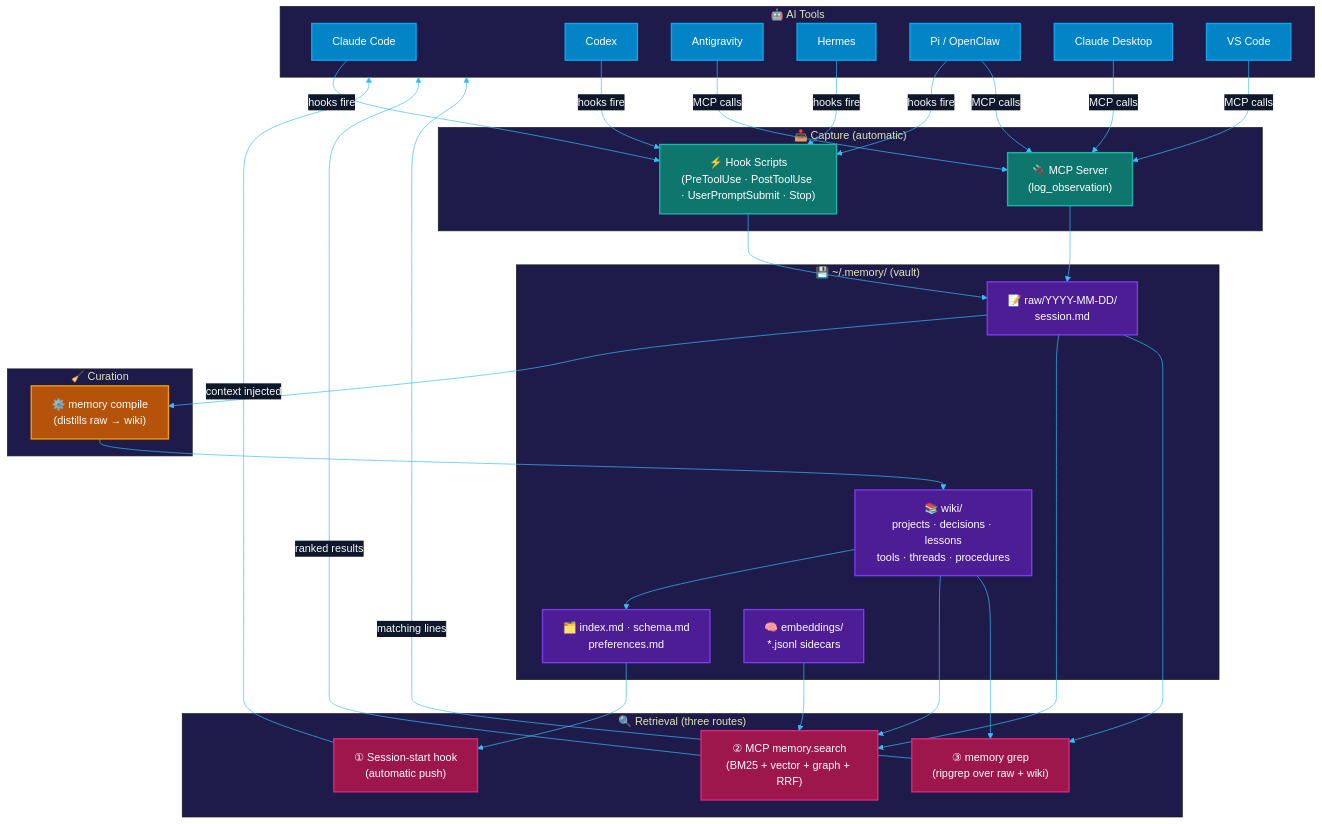
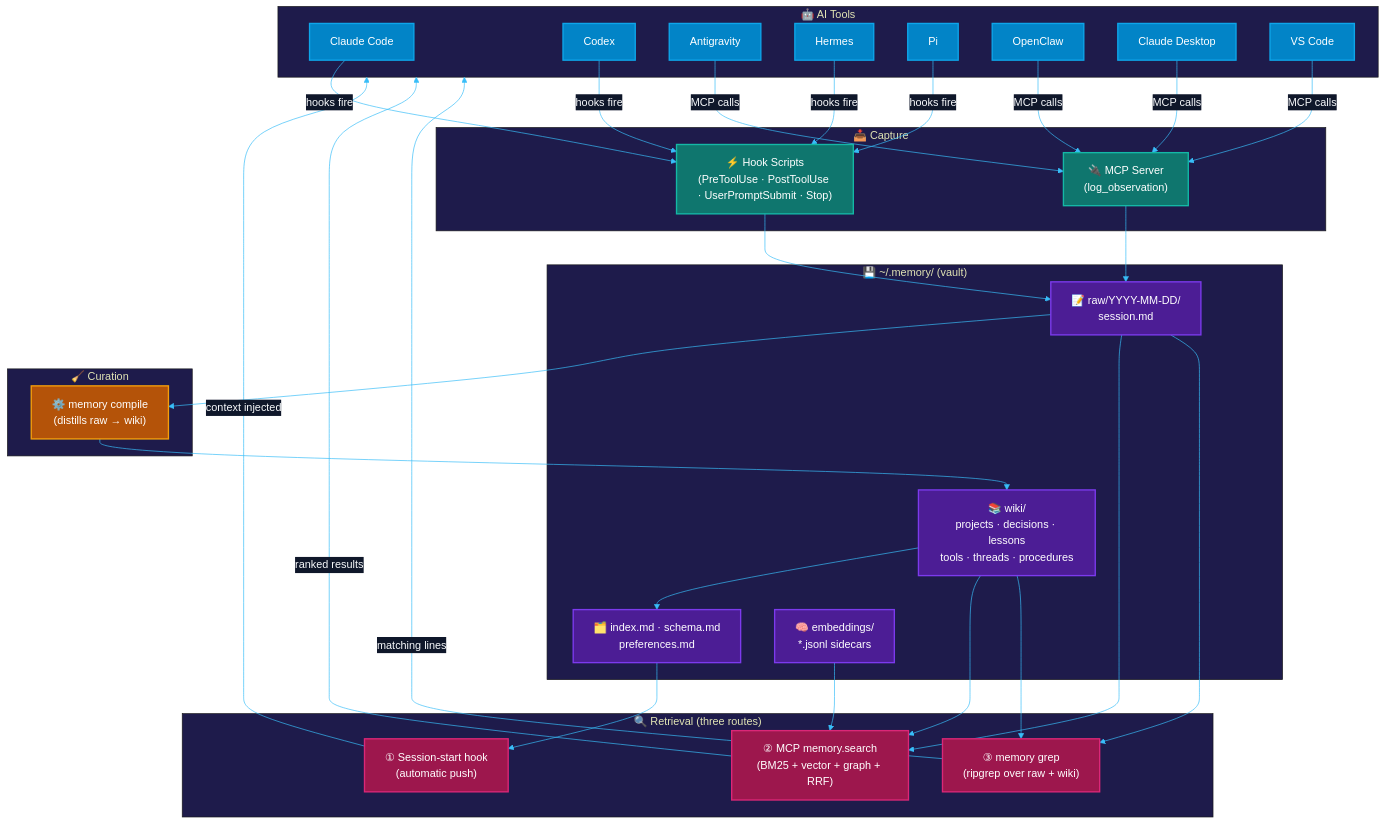
One commit to GalaxyRuler/memory-fort changed the first of 2 diagrams in README.md. Above: the diagram before and after it, drawn with Mermaid. The commit also changed other lines of this file and 1 other file, not shown here.

Commit message:
docs: sanitize release readiness audit

````diff
--- a/README.md
+++ b/README.md
@@ -47,71 +49,72 @@
 ```mermaid
 %%{init: {
   'theme': 'base',
   'themeVariables': {
     'primaryColor': '#1e293b',
     'primaryTextColor': '#f8fafc',
     'primaryBorderColor': '#475569',
     'lineColor': '#38bdf8',
     'secondaryColor': '#0f172a',
     'tertiaryColor': '#1e1b4b'
   }
 }}%%
 flowchart TD
     subgraph Tools ["🤖 AI Tools"]
         CC["Claude Code"]
         CX["Codex"]
         AG["Antigravity"]
         HE["Hermes"]
-        PI["Pi / OpenClaw"]
+        PI["Pi"]
+        OC["OpenClaw"]
         CD["Claude Desktop"]
         VS["VS Code"]
     end
 
-    subgraph Capture ["📥 Capture (automatic)"]
+    subgraph Capture ["📥 Capture"]
         H["⚡ Hook Scripts<br/>(PreToolUse · PostToolUse · UserPromptSubmit · Stop)"]
         MCP_IN["🔌 MCP Server<br/>(log_observation)"]
     end
 
     subgraph Vault ["💾 ~/.memory/ (vault)"]
         RAW["📝 raw/YYYY-MM-DD/<br/>session.md"]
         WIKI["📚 wiki/<br/>projects · decisions · lessons<br/>tools · threads · procedures"]
         IDX["🗂️ index.md · schema.md<br/>preferences.md"]
         EMB["🧠 embeddings/<br/>*.jsonl sidecars"]
     end
 
     subgraph Curation ["🧹 Curation"]
         COMPILE["⚙️ memory compile<br/>(distills raw → wiki)"]
     end
 
     subgraph Retrieval ["🔍 Retrieval (three routes)"]
         SS["① Session-start hook<br/>(automatic push)"]
         SEARCH["② MCP memory.search<br/>(BM25 + vector + graph + RRF)"]
         GREP["③ memory grep<br/>(ripgrep over raw + wiki)"]
     end
 
     CC & CX & HE & PI -->|hooks fire| H
-    AG & CD & VS & PI -->|MCP calls| MCP_IN
+    AG & CD & VS & OC -->|MCP calls| MCP_IN
     H --> RAW
     MCP_IN --> RAW
     RAW --> COMPILE
     COMPILE --> WIKI
     WIKI --> IDX
     IDX --> SS
     WIKI & RAW & EMB --> SEARCH
     RAW & WIKI --> GREP
     SS -->|context injected| Tools
     SEARCH -->|ranked results| Tools
     GREP -->|matching lines| Tools
 
     classDef tool fill:#0284c7,stroke:#0ea5e9,stroke-width:2px,color:#fff;
     classDef capture fill:#0f766e,stroke:#14b8a6,stroke-width:2px,color:#fff;
     classDef vault fill:#4c1d95,stroke:#7c3aed,stroke-width:2px,color:#fff;
     classDef curation fill:#b45309,stroke:#f59e0b,stroke-width:2px,color:#fff;
     classDef retrieval fill:#9d174d,stroke:#db2777,stroke-width:2px,color:#fff;
 
-    class CC,CX,AG,HE,PI,CD,VS tool;
+    class CC,CX,AG,HE,PI,OC,CD,VS tool;
     class H,MCP_IN capture;
     class RAW,WIKI,IDX,EMB vault;
     class COMPILE curation;
     class SS,SEARCH,GREP retrieval;
 ```
````
